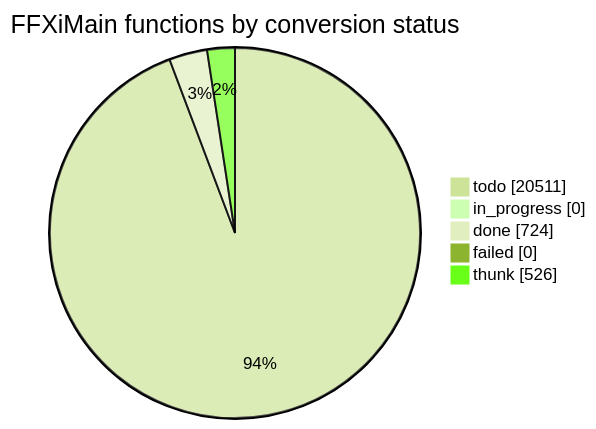
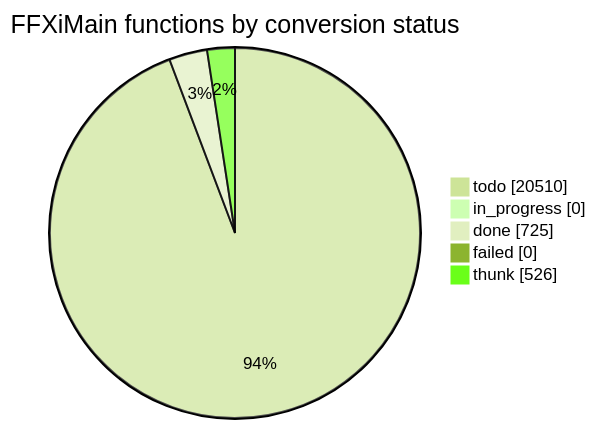
Before and after one commit to cowrevenge/cow_kuluu_xi_anything: the diagram in docs/cow/STATUS.md, drawn with Mermaid (forest theme). The commit also changed other lines of this file and 9 other files, not shown here.

````diff
--- a/docs/cow/STATUS.md
+++ b/docs/cow/STATUS.md
@@ -18,9 +18,9 @@
 ```mermaid
 pie showData
     title FFXiMain functions by conversion status
-    "todo" : 20511
+    "todo" : 20510
     "in_progress" : 0
-    "done" : 724
+    "done" : 725
     "failed" : 0
     "thunk" : 526
 ```
````
